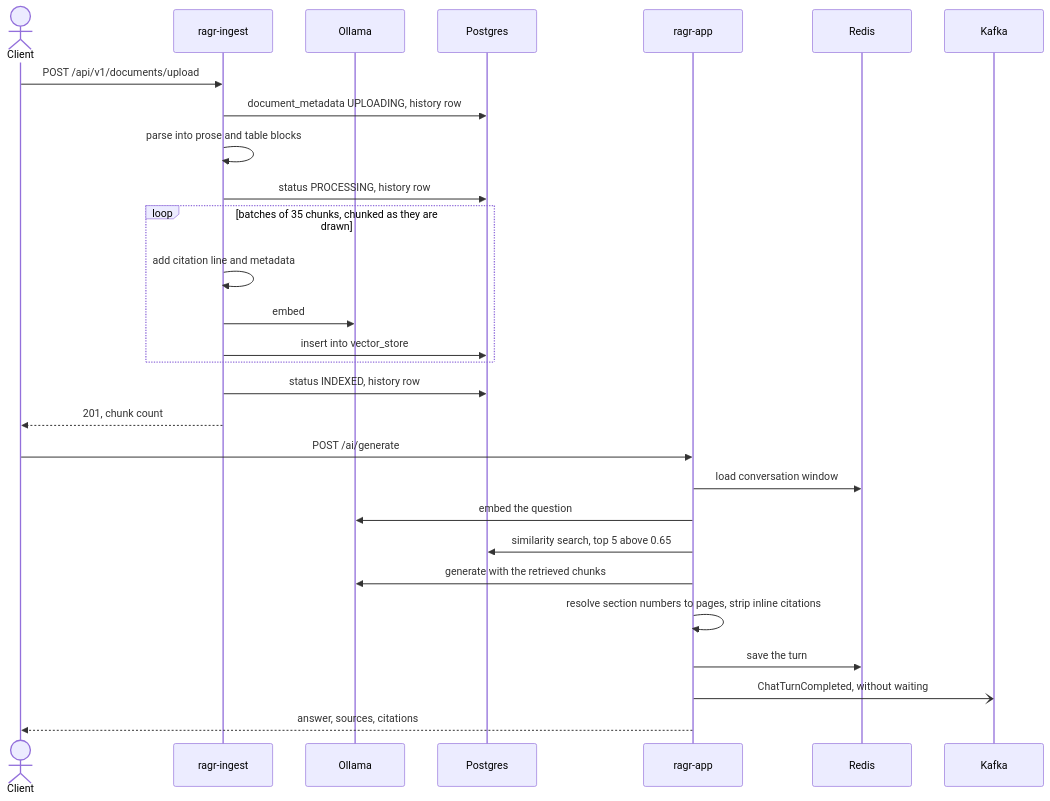
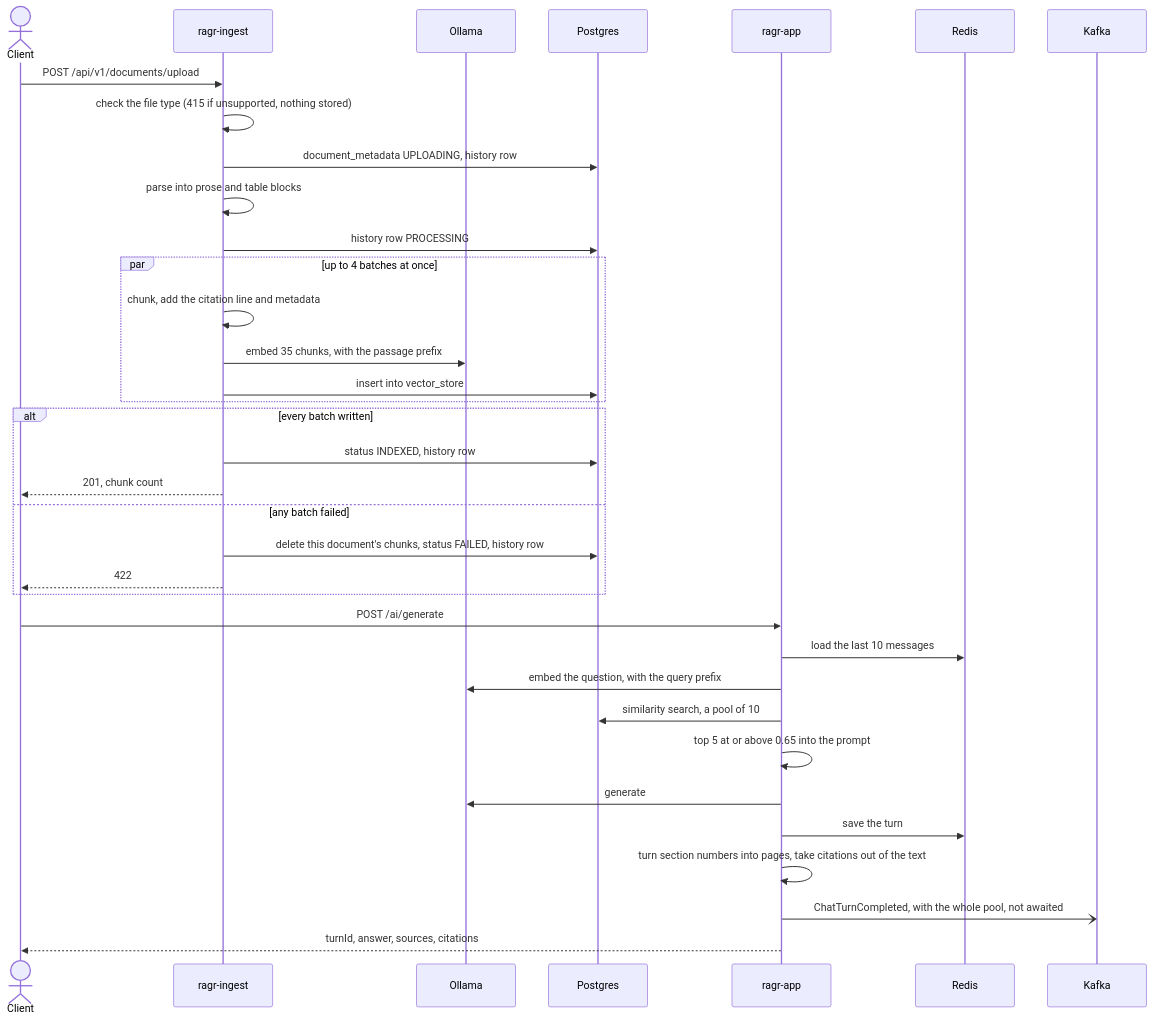
The second of 3 diagrams in README.md (subhanmishra/spring-ai), drawn with Mermaid before and after one commit. The commit also changed other lines of this file and 5 other files, not shown here.

First line of the commit message:
Rewrite the READMEs in plain language, and bring the flow diagrams up to date

````diff
--- a/README.md
+++ b/README.md
@@ -90,32 +117,39 @@
 ```mermaid
 sequenceDiagram
     actor U as Client
     participant I as ragr-ingest
     participant O as Ollama
     participant P as Postgres
     participant C as ragr-app
     participant R as Redis
     participant K as Kafka
 
     U->>I: POST /api/v1/documents/upload
+    I->>I: check the file type (415 if unsupported, nothing stored)
     I->>P: document_metadata UPLOADING, history row
     I->>I: parse into prose and table blocks
-    I->>P: status PROCESSING, history row
-    loop batches of 35 chunks, chunked as they are drawn
-        I->>I: add citation line and metadata
-        I->>O: embed
+    I->>P: history row PROCESSING
+    par up to 4 batches at once
+        I->>I: chunk, add the citation line and metadata
+        I->>O: embed 35 chunks, with the passage prefix
         I->>P: insert into vector_store
     end
-    I->>P: status INDEXED, history row
-    I-->>U: 201, chunk count
+    alt every batch written
+        I->>P: status INDEXED, history row
+        I-->>U: 201, chunk count
+    else any batch failed
+        I->>P: delete this document's chunks, status FAILED, history row
+        I-->>U: 422
+    end
 
     U->>C: POST /ai/generate
-    C->>R: load conversation window
-    C->>O: embed the question
-    C->>P: similarity search, top 5 above 0.65
-    C->>O: generate with the retrieved chunks
-    C->>C: resolve section numbers to pages, strip inline citations
+    C->>R: load the last 10 messages
+    C->>O: embed the question, with the query prefix
+    C->>P: similarity search, a pool of 10
+    C->>C: top 5 at or above 0.65 into the prompt
+    C->>O: generate
     C->>R: save the turn
-    C-)K: ChatTurnCompleted, without waiting
-    C-->>U: answer, sources, citations
+    C->>C: turn section numbers into pages, take citations out of the text
+    C-)K: ChatTurnCompleted, with the whole pool, not awaited
+    C-->>U: turnId, answer, sources, citations
 ```
````
